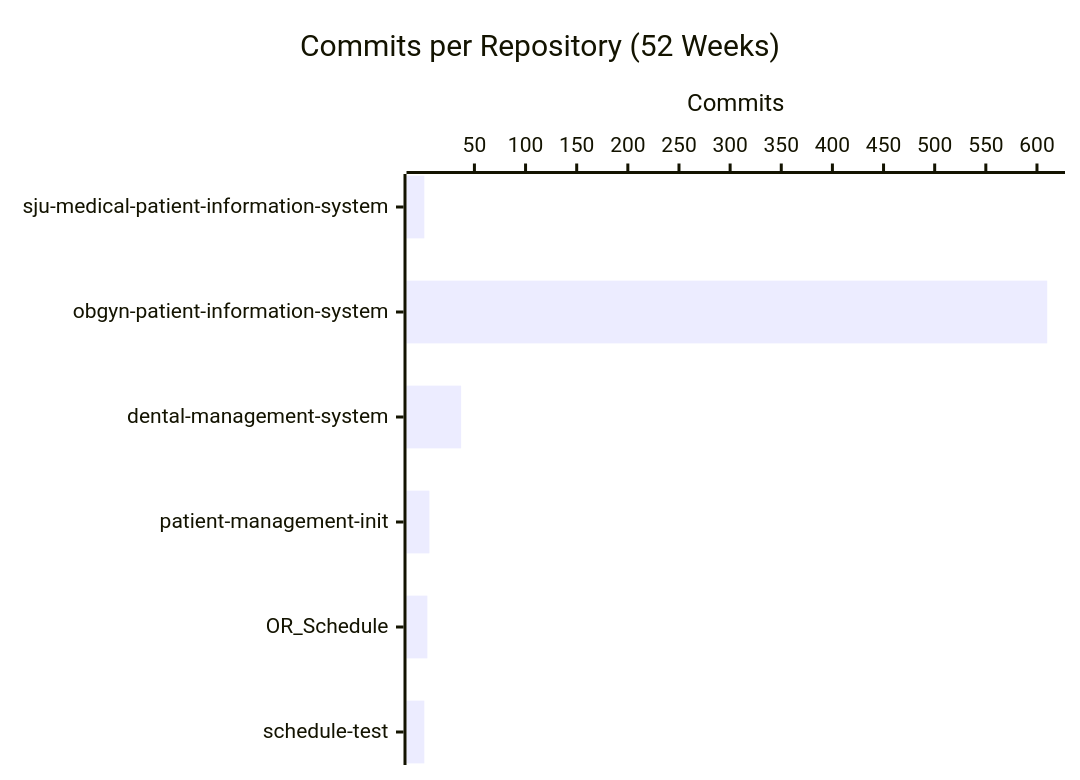
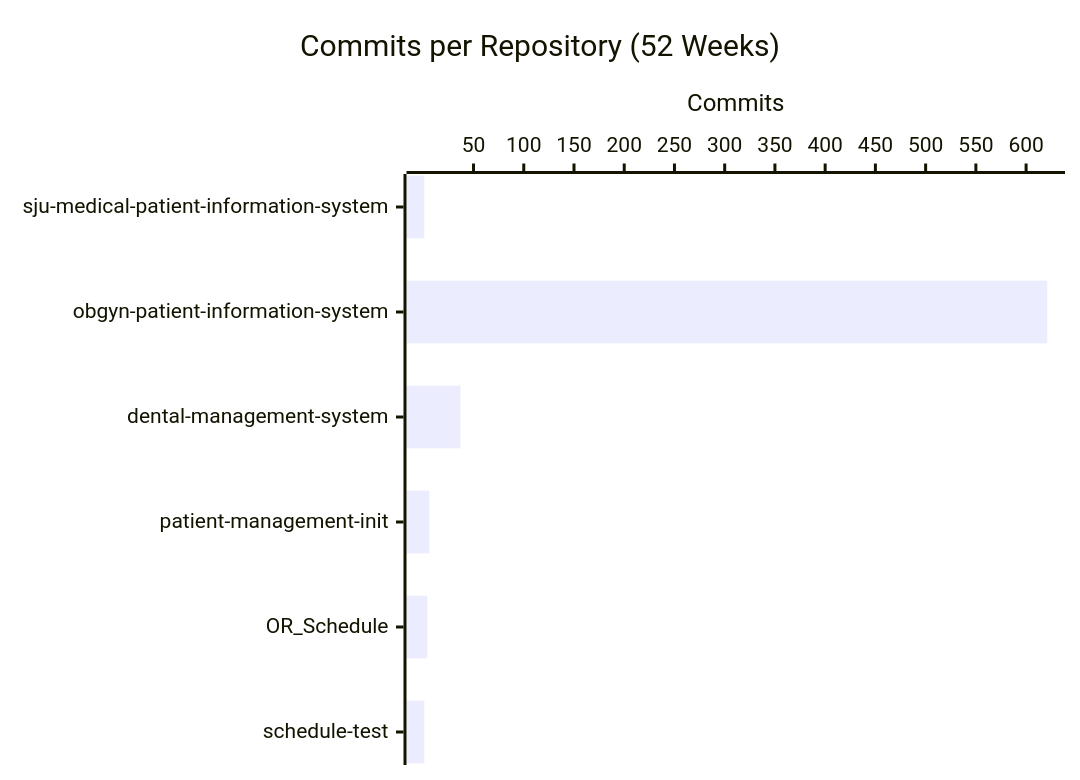
The second of 4 diagrams in profile/README.md (CSTH-Projects/.github), drawn with Mermaid before and after one commit. The commit also changed other lines of this file, not shown here.

````diff
--- a/profile/README.md
+++ b/profile/README.md
@@ -24,7 +24,7 @@
 ```mermaid
 xychart-beta horizontal
     title "Commits per Repository (52 Weeks)"
     x-axis ["sju-medical-patient-information-system", "obgyn-patient-information-system", "dental-management-system", "patient-management-init", "OR_Schedule", "schedule-test"]
     y-axis "Commits"
-    bar [1, 610, 37, 6, 4, 1]
+    bar [1, 621, 37, 6, 4, 1]
 ```
````
